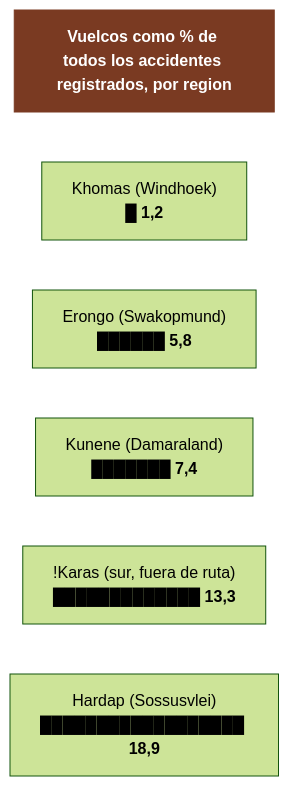
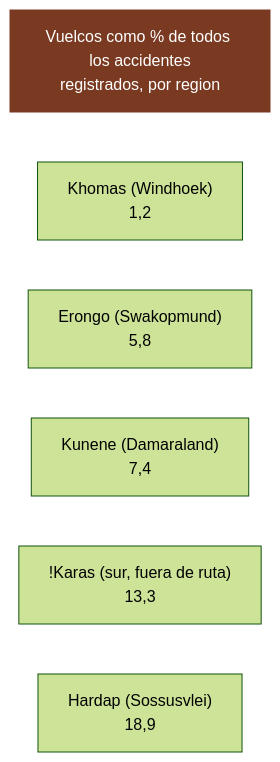
The first of 7 diagrams in 04-guia-preparacion.md (morandeirachema/namibia), drawn with Mermaid (forest theme) before and after one commit. The commit also changed other lines of this file and 14 other files, not shown here.

Commit message:
Arreglar el renderizado de los diagramas en GitHub: fuera emojis, negritas y barras ASCII de dentro de los nodos, que descuadraban la medida y recortaban el texto

````diff
--- a/04-guia-preparacion.md
+++ b/04-guia-preparacion.md
@@ -30,15 +30,15 @@
 ```mermaid
 flowchart TD
-    T["<b>Vuelcos como % de todos los accidentes registrados, por region</b>"]
-    n0["Khomas (Windhoek)<br/>█ <b>1,2</b>"]
-    n1["Erongo (Swakopmund)<br/>██████ <b>5,8</b>"]
-    n2["Kunene (Damaraland)<br/>███████ <b>7,4</b>"]
-    n3["!Karas (sur, fuera de ruta)<br/>█████████████ <b>13,3</b>"]
-    n4["Hardap (Sossusvlei)<br/>██████████████████ <b>18,9</b>"]
+    T["Vuelcos como % de todos los accidentes<br/>registrados, por region"]
+    n0["Khomas (Windhoek)<br/>1,2"]
+    n1["Erongo (Swakopmund)<br/>5,8"]
+    n2["Kunene (Damaraland)<br/>7,4"]
+    n3["!Karas (sur, fuera de ruta)<br/>13,3"]
+    n4["Hardap (Sossusvlei)<br/>18,9"]
     T ~~~ n0
     n0 ~~~ n1
     n1 ~~~ n2
     n2 ~~~ n3
     n3 ~~~ n4
     style T fill:#7a3a22,color:#fff,stroke:#7a3a22
 ```
````
